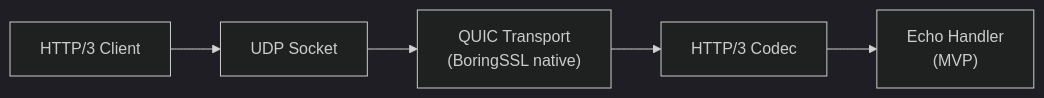
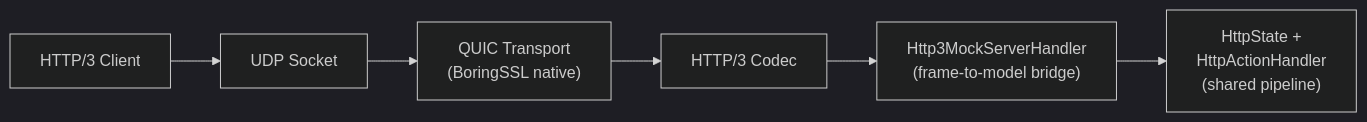
One commit to sean8601/mockserver-monorepo changed the first of 2 diagrams in docs/code/http3.md. Above: the diagram before and after it, drawn with Mermaid (dark theme). The commit also changed other lines of this file and 11 other files, not shown here.

First line of the commit message:
feat(netty): route HTTP/3 through the full request pipeline (U4)

````diff
--- a/docs/code/http3.md
+++ b/docs/code/http3.md
@@ -15,10 +19,11 @@
 ```mermaid
 flowchart LR
     Client["HTTP/3 Client"]
     UDP["UDP Socket"]
     QUIC["QUIC Transport\n(BoringSSL native)"]
     H3["HTTP/3 Codec"]
-    Echo["Echo Handler\n(MVP)"]
+    Bridge["Http3MockServerHandler\n(frame-to-model bridge)"]
+    Pipeline["HttpState +\nHttpActionHandler\n(shared pipeline)"]
 
-    Client --> UDP --> QUIC --> H3 --> Echo
+    Client --> UDP --> QUIC --> H3 --> Bridge --> Pipeline
 ```
````
